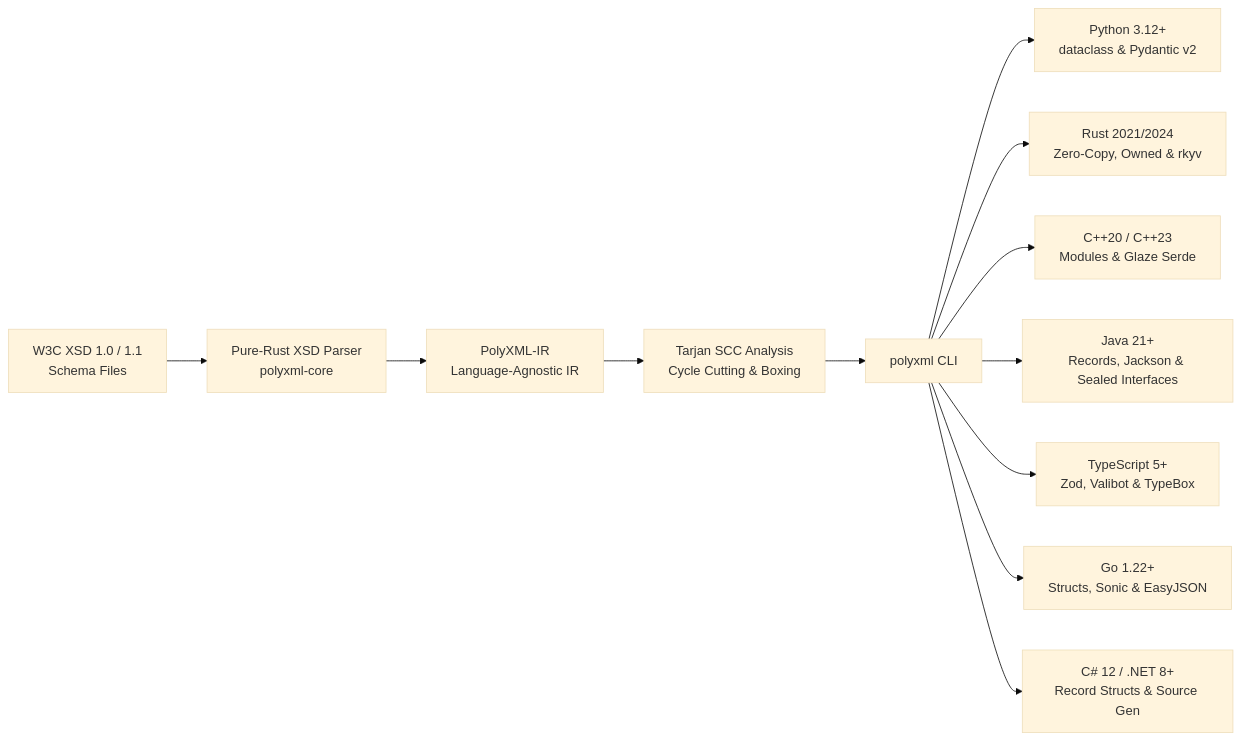
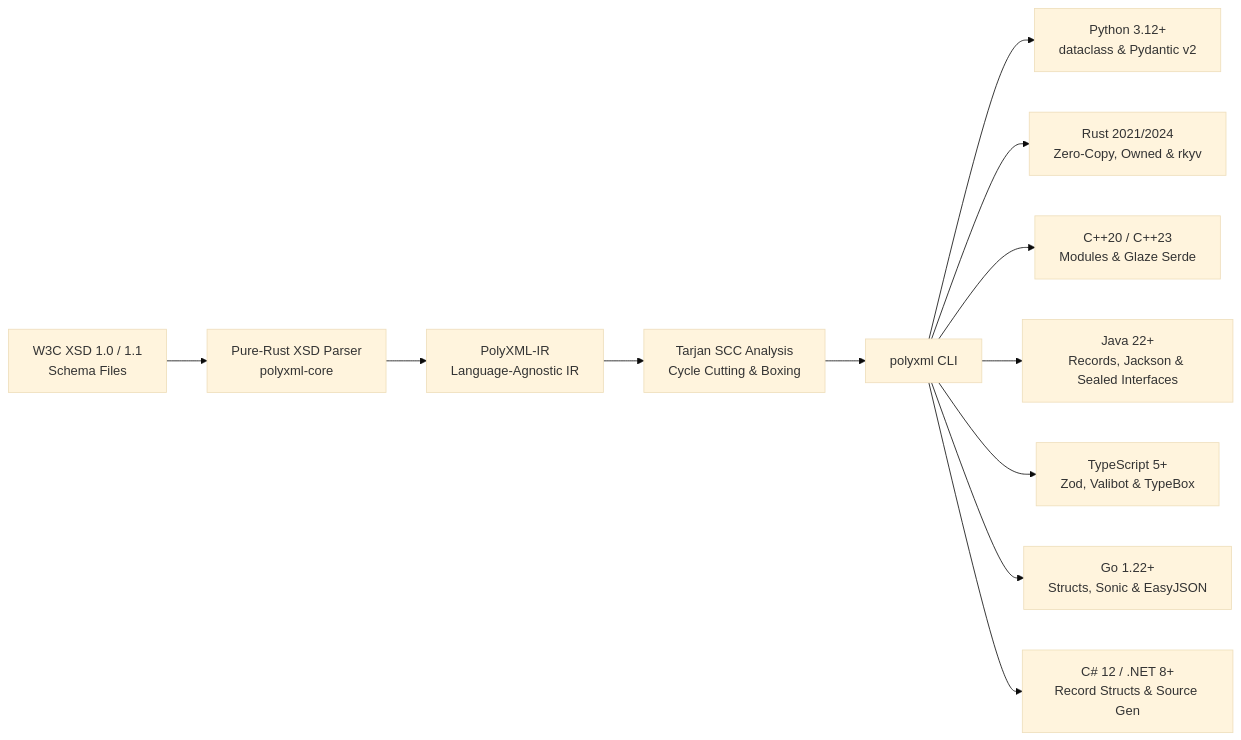
Before and after one commit to nth-bailey/PolyXML: the first of 2 diagrams in docs/index.md, drawn with Mermaid (base theme). The commit also changed other lines of this file and 16 other files, not shown here.

````diff
--- a/docs/index.md
+++ b/docs/index.md
@@ -77,14 +77,14 @@
 ```mermaid
 flowchart LR
     XSD[W3C XSD 1.0 / 1.1<br/>Schema Files] --> PARSER[Pure-Rust XSD Parser<br/>polyxml-core]
     PARSER --> IR[PolyXML-IR<br/>Language-Agnostic IR]
     IR --> TARJAN[Tarjan SCC Analysis<br/>Cycle Cutting & Boxing]
     TARJAN --> CLI[polyxml CLI]
     CLI --> PY[Python 3.12+<br/>dataclass & Pydantic v2]
     CLI --> RS[Rust 2021/2024<br/>Zero-Copy, Owned & rkyv]
     CLI --> CPP2[C++20 / C++23<br/>Modules & Glaze Serde]
-    CLI --> JV[Java 21+<br/>Records, Jackson & Sealed Interfaces]
+    CLI --> JV[Java 22+<br/>Records, Jackson & Sealed Interfaces]
     CLI --> TS2[TypeScript 5+<br/>Zod, Valibot & TypeBox]
     CLI --> GO2[Go 1.22+<br/>Structs, Sonic & EasyJSON]
     CLI --> CS[C# 12 / .NET 8+<br/>Record Structs & Source Gen]
 ```
````
